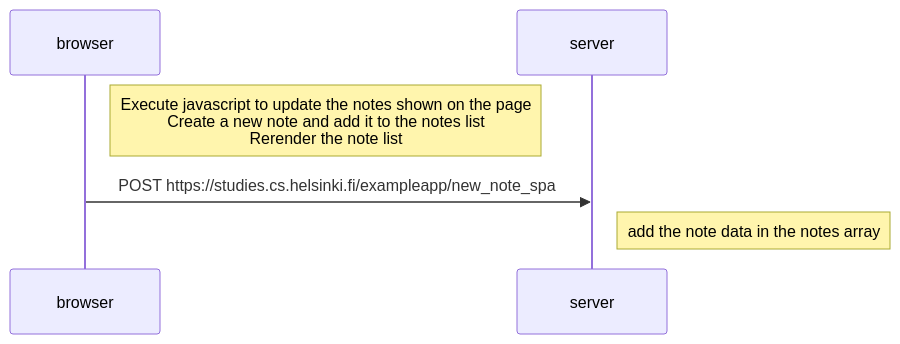
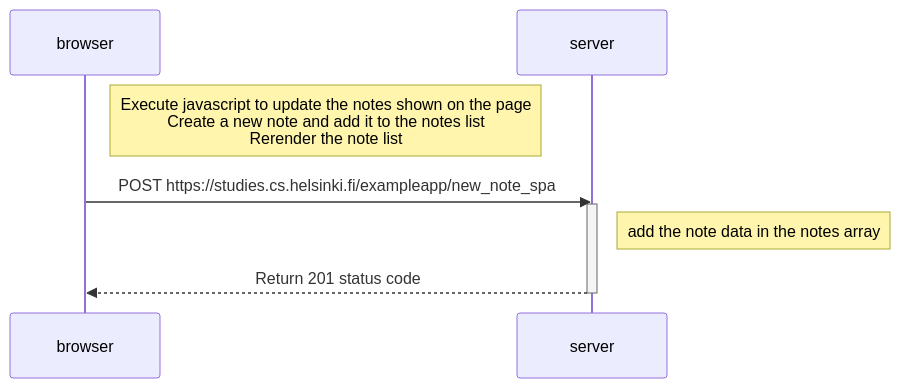
The diagram in part0/spaNewNoteDiagram.md (DrQupp/fullstackopen), drawn with Mermaid before and after one commit.

Commit message:
Add step to last diagram

````diff
--- a/part0/spaNewNoteDiagram.md
+++ b/part0/spaNewNoteDiagram.md
@@ -1,13 +1,16 @@
 ```mermaid
 sequenceDiagram
     participant browser
     participant server
 
     Note right of browser: Execute javascript to update the notes shown on the page<br>Create a new note and add it to the notes list<br>Rerender the note list
 
     browser->>server: POST https://studies.cs.helsinki.fi/exampleapp/new_note_spa
     activate server
     Note right of server: add the note data in the notes array
 
 
+    server-->>browser: Return 201 status code
+    deactivate server
+
 ```
````
